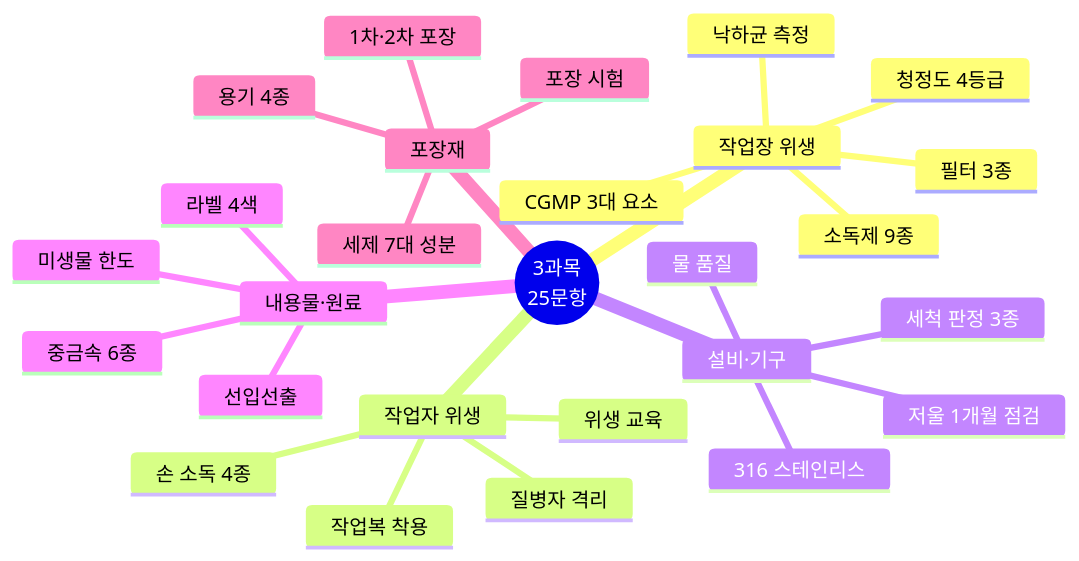
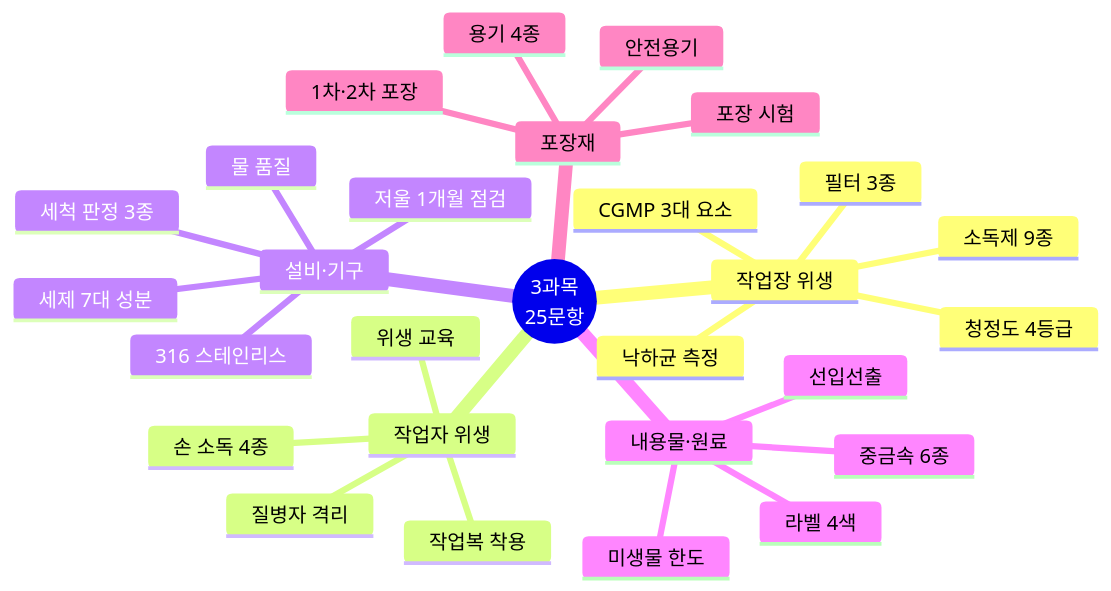
Before and after one commit to skygoldlee-cyber/Personalized_Skincare: the first of 3 diagrams in content/참조자료/과목3/3과목_핵심정리_25문항.md, drawn with Mermaid. The commit also changed other lines of this file and 5 other files, not shown here.

````diff
--- a/content/참조자료/과목3/3과목_핵심정리_25문항.md
+++ b/content/참조자료/과목3/3과목_핵심정리_25문항.md
@@ -10,30 +10,31 @@
 ```mermaid
 mindmap
   root((3과목<br/>25문항))
     작업장 위생
       CGMP 3대 요소
       청정도 4등급
       필터 3종
       소독제 9종
       낙하균 측정
     작업자 위생
       손 소독 4종
       작업복 착용
       질병자 격리
       위생 교육
     설비·기구
       저울 1개월 점검
       세척 판정 3종
       316 스테인리스
       물 품질
+      세제 7대 성분
     내용물·원료
       라벨 4색
       중금속 6종
       미생물 한도
       선입선출
     포장재
       1차·2차 포장
       용기 4종
       포장 시험
-      세제 7대 성분
+      안전용기
 ```
````
